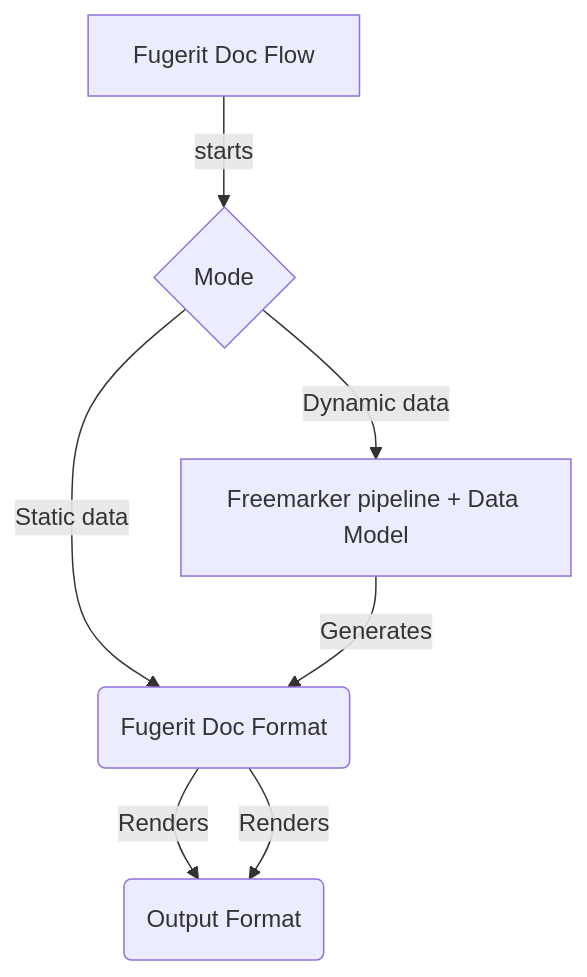
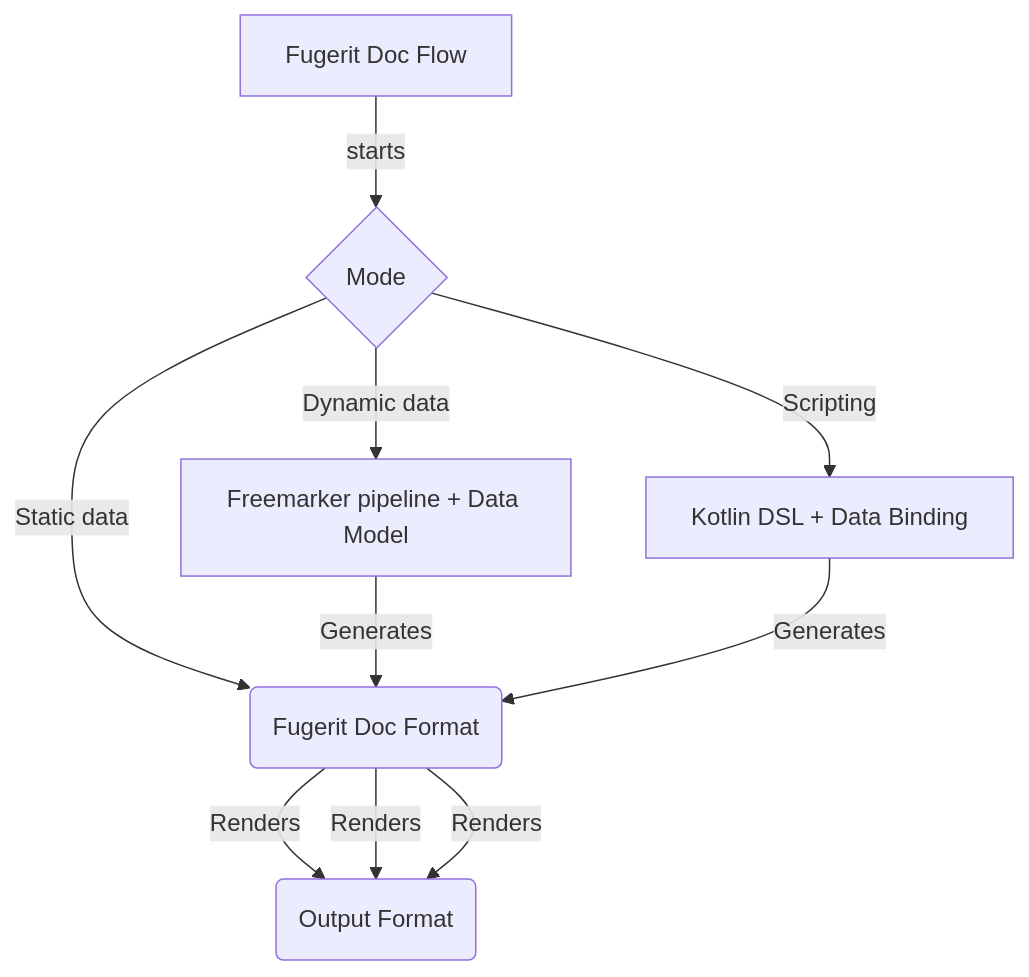
Before and after one commit to fugerit-org/fj-doc: the second of 2 diagrams in fj-doc-guide/src/main/docs/asciidoc/chapters/00_introduction.adoc, drawn with Mermaid.

```diff
--- a/fj-doc-guide/src/main/docs/asciidoc/chapters/00_introduction.adoc
+++ b/fj-doc-guide/src/main/docs/asciidoc/chapters/00_introduction.adoc
@@ -29,7 +29,8 @@
 [mermaid, title="Fugerit Venus Doc Typical Flow"]
 ....
 flowchart TD
     A[Fugerit Doc Flow] -->|starts| C{Mode}
     C -->|Static data| D[Fugerit Doc Format] -->|Renders| F(Output Format)
     C -->|Dynamic data| E[Freemarker pipeline + Data Model] --> |Generates| D(Fugerit Doc Format) -->|Renders| F(Output Format)
+    C -->|Scripting| G[Kotlin DSL + Data Binding] --> |Generates| D(Fugerit Doc Format) -->|Renders| F(Output Format)
 ....
```
